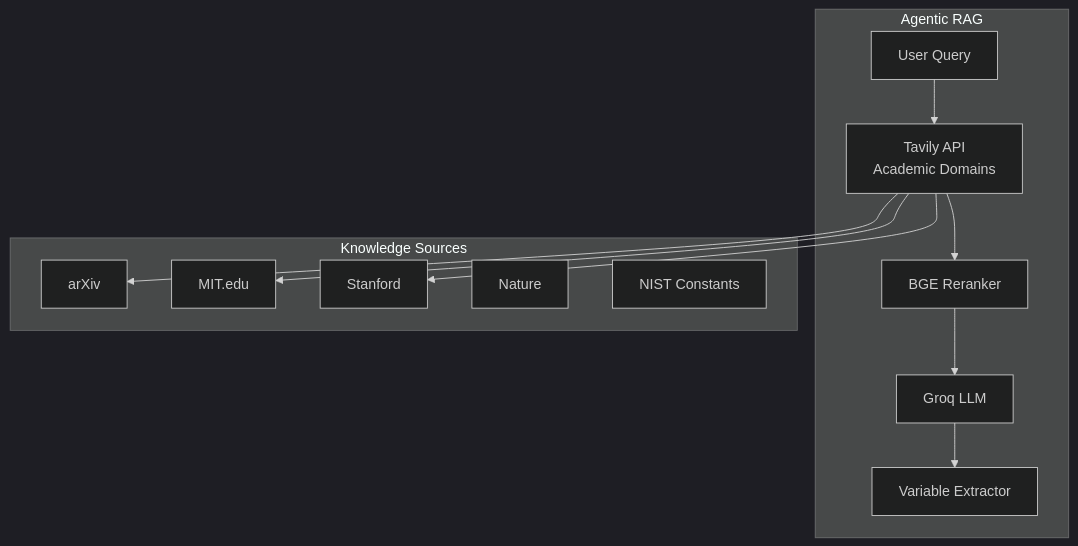
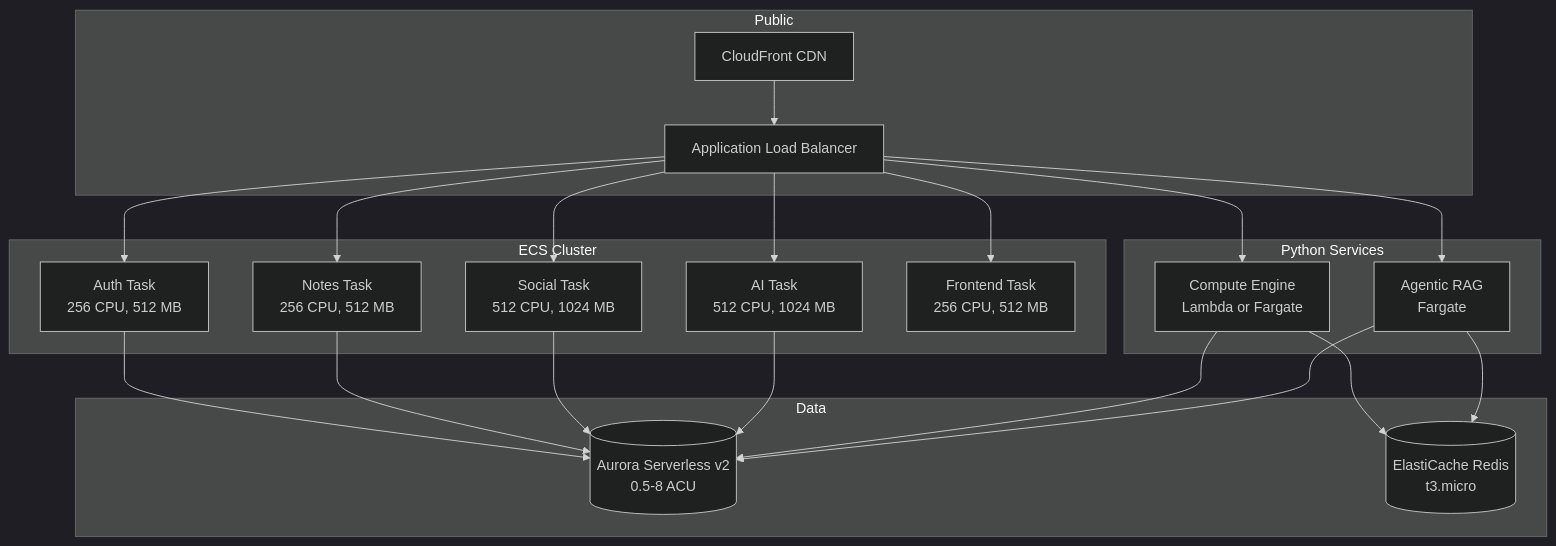
Before and after one commit to prasanth-alaparthi/ilai-001: the seventh of 7 diagrams in ILAI_Architecture_Blueprint.md, drawn with Mermaid (dark theme). The commit also changed other lines of this file and 81 other files, not shown here.

````diff
--- a/ILAI_Architecture_Blueprint.md
+++ b/ILAI_Architecture_Blueprint.md
@@ -156,24 +647,30 @@
 ```mermaid
 flowchart TB
-    subgraph "Agentic RAG"
-        QUERY[User Query]
-        TAVILY[Tavily API<br/>Academic Domains]
-        RERANK[BGE Reranker]
-        LLM[Groq LLM]
-        EXTRACT[Variable Extractor]
+    subgraph "Public"
+        CF[CloudFront CDN]
+        ALB[Application Load Balancer]
     end
     
-    subgraph "Knowledge Sources"
-        ARXIV[arXiv]
-        MIT[MIT.edu]
-        STANFORD[Stanford]
-        NATURE[Nature]
-        NIST[NIST Constants]
+    subgraph "ECS Cluster"
+        AUTH[Auth Task<br/>256 CPU, 512 MB]
+        NOTES[Notes Task<br/>256 CPU, 512 MB]
+        SOCIAL[Social Task<br/>512 CPU, 1024 MB]
+        AI[AI Task<br/>512 CPU, 1024 MB]
+        FE[Frontend Task<br/>256 CPU, 512 MB]
     end
     
-    QUERY --> TAVILY
-    TAVILY --> ARXIV & MIT & STANFORD
-    TAVILY --> RERANK
-    RERANK --> LLM
-    LLM --> EXTRACT
+    subgraph "Python Services"
+        COMPUTE[Compute Engine<br/>Lambda or Fargate]
+        RAG[Agentic RAG<br/>Fargate]
+    end
+    
+    subgraph "Data"
+        AURORA[(Aurora Serverless v2<br/>0.5-8 ACU)]
+        REDIS[(ElastiCache Redis<br/>t3.micro)]
+    end
+    
+    CF --> ALB
+    ALB --> AUTH & NOTES & SOCIAL & AI & FE & COMPUTE & RAG
+    AUTH & NOTES & SOCIAL & AI --> AURORA
+    COMPUTE & RAG --> AURORA & REDIS
 ```
````
